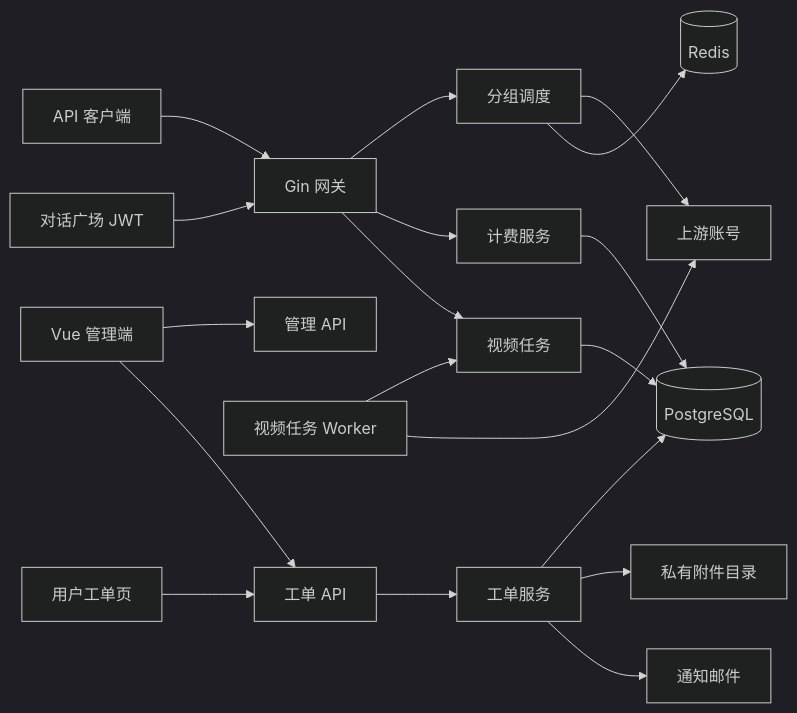
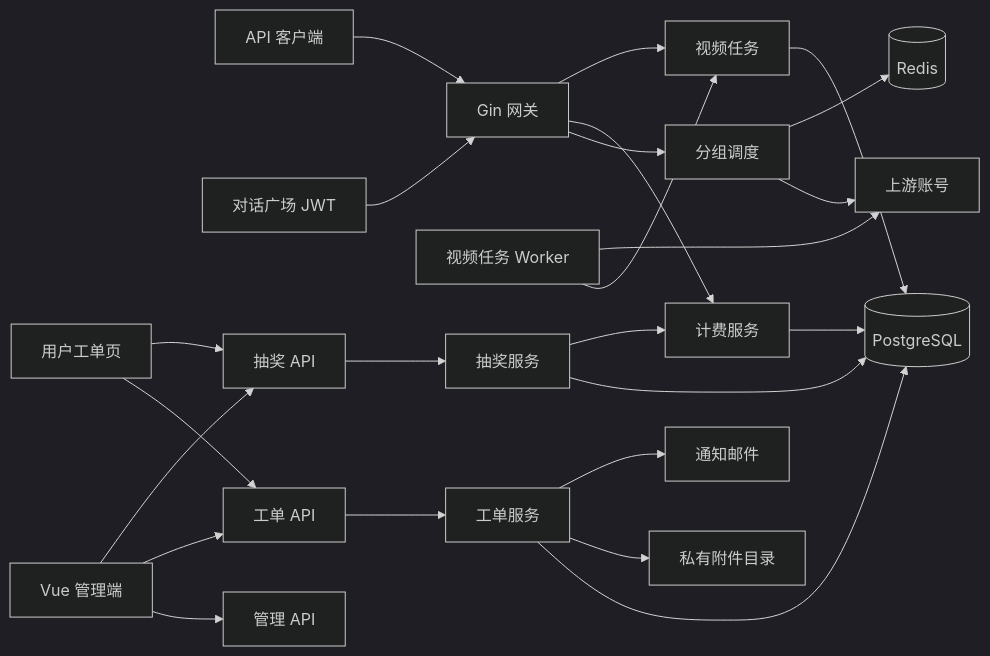
One commit to VCnoC/sub2api changed the diagram in helloagents/wiki/arch.md. Above: the diagram before and after it, drawn with Mermaid (dark theme). The commit also changed other lines of this file and 65 other files, not shown here.

````diff
--- a/helloagents/wiki/arch.md
+++ b/helloagents/wiki/arch.md
@@ -5,21 +5,26 @@
 ```mermaid
 flowchart LR
     Client[API 客户端] --> Gateway[Gin 网关]
     Playground[对话广场 JWT] --> Gateway
     Admin[Vue 管理端] --> AdminAPI[管理 API]
     Gateway --> Scheduler[分组调度]
     Scheduler --> Account[上游账号]
     Gateway --> Billing[计费服务]
     Billing --> PG[(PostgreSQL)]
     Gateway --> VideoTask[视频任务]
     VideoTask --> PG
     Worker[视频任务 Worker] --> VideoTask
     Worker --> Account
     Scheduler --> Redis[(Redis)]
     UserUI[用户工单页] --> TicketAPI[工单 API]
     Admin --> TicketAPI
     TicketAPI --> TicketService[工单服务]
     TicketService --> PG
     TicketService --> TicketFiles[私有附件目录]
     TicketService --> Mail[通知邮件]
+    UserUI --> LotteryAPI[抽奖 API]
+    Admin --> LotteryAPI
+    LotteryAPI --> LotteryService[抽奖服务]
+    LotteryService --> PG
+    LotteryService --> Billing
 ```
````
